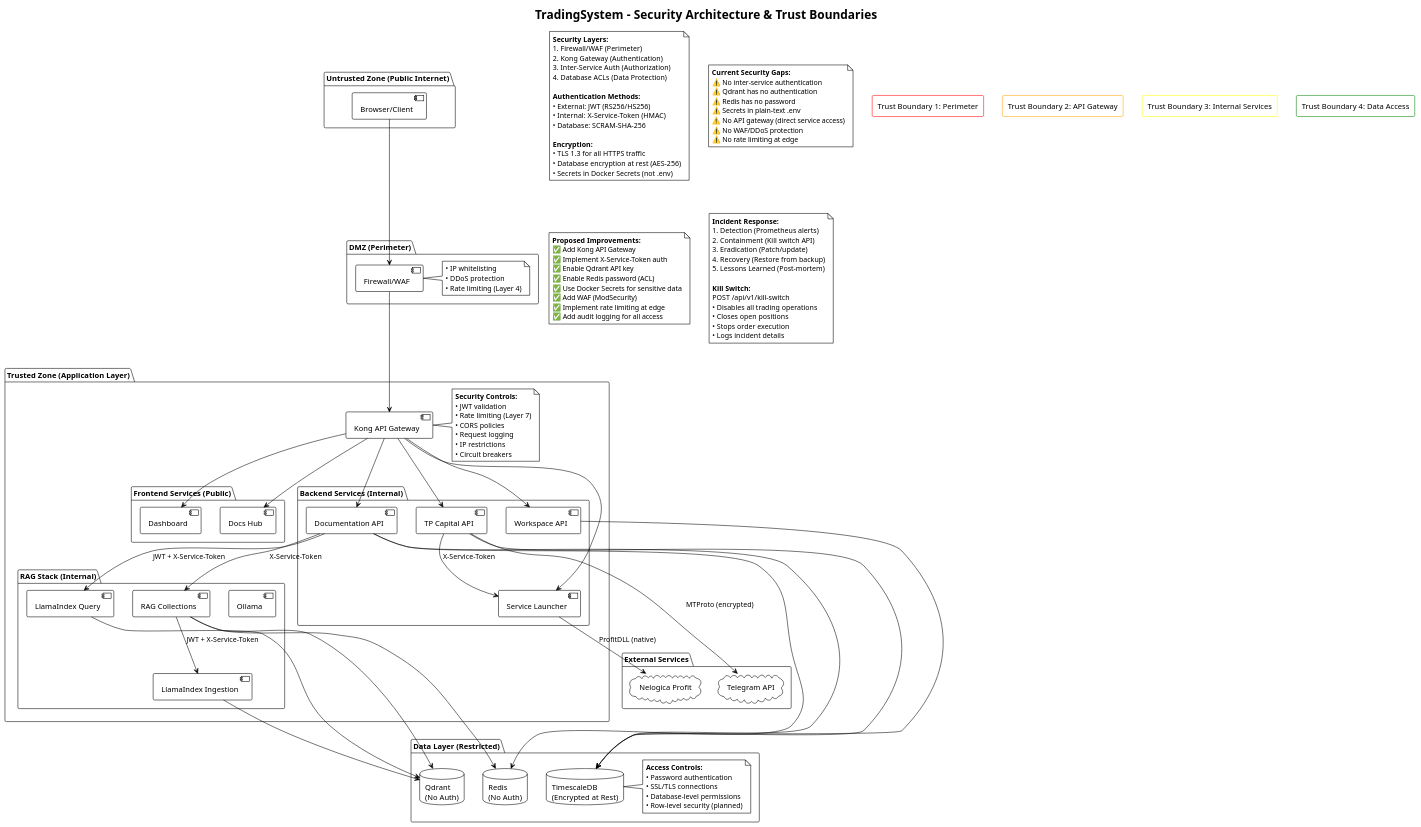
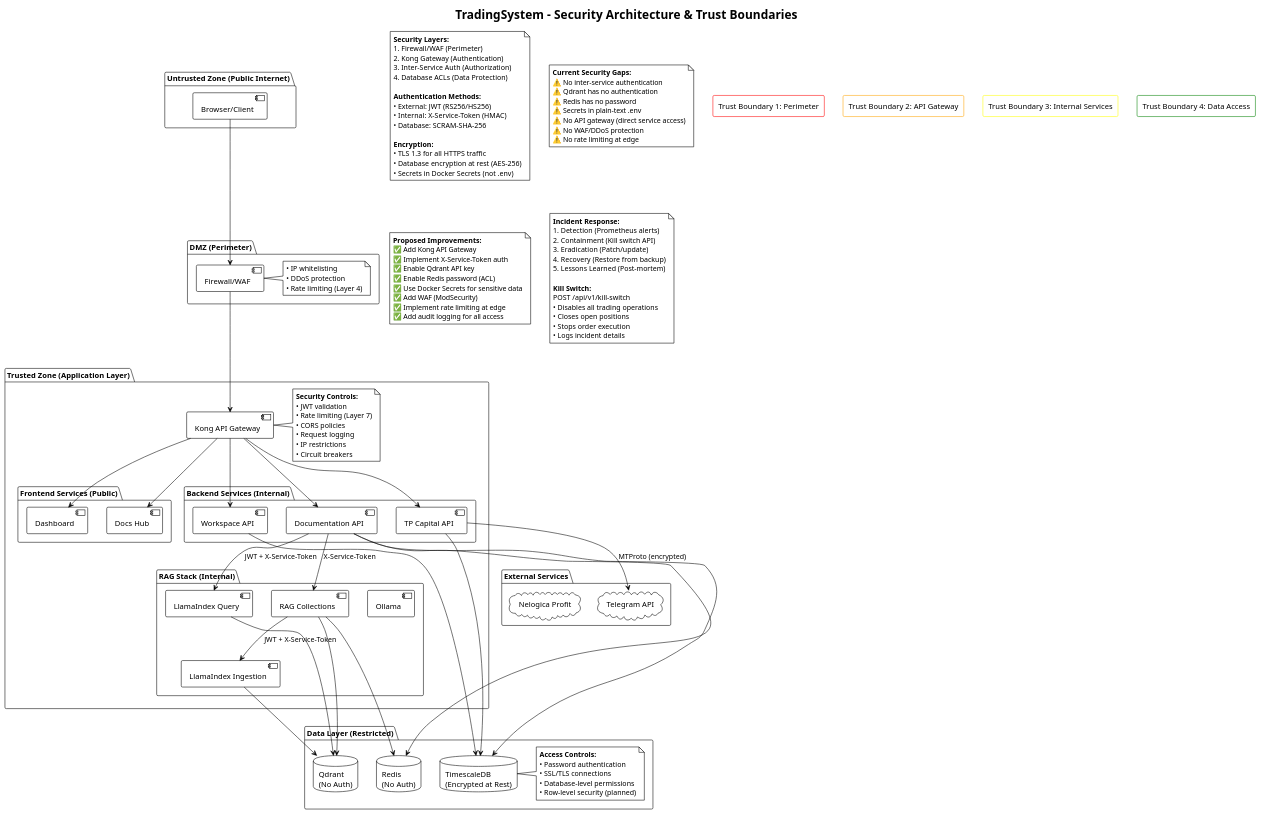
Before and after one commit to marceloterra1983/TradingSystem: the diagram in docs/content/diagrams/architecture/security-architecture.puml, drawn with PlantUML. The commit also changed 1296 other files, not shown here.

```diff
--- a/docs/content/diagrams/architecture/security-architecture.puml
+++ b/docs/content/diagrams/architecture/security-architecture.puml
@@ -1,167 +1,163 @@
 @startuml Security Architecture
 !theme plain
 
 title TradingSystem - Security Architecture & Trust Boundaries
 
 package "Untrusted Zone (Public Internet)" {
     [Browser/Client] as client
 }
 
 package "DMZ (Perimeter)" {
     [Firewall/WAF] as firewall
     note right of firewall
         • IP whitelisting
         • DDoS protection
         • Rate limiting (Layer 4)
     end note
 }
 
 package "Trusted Zone (Application Layer)" {
     [Kong API Gateway] as kong
     note right of kong
         **Security Controls:**
         • JWT validation
         • Rate limiting (Layer 7)
         • CORS policies
         • Request logging
         • IP restrictions
         • Circuit breakers
     end note
 
     package "Frontend Services (Public)" {
         [Dashboard] as dashboard
         [Docs Hub] as docs
     }
 
     package "Backend Services (Internal)" {
         [Workspace API] as workspace
         [TP Capital API] as tpcapital
         [Documentation API] as docsapi
-        [Service Launcher] as launcher
     }
 
     package "RAG Stack (Internal)" {
         [Ollama] as ollama
         [LlamaIndex Query] as llamaquery
         [LlamaIndex Ingestion] as llamaingest
         [RAG Collections] as ragcollections
     }
 }
 
 package "Data Layer (Restricted)" {
     database "TimescaleDB\n(Encrypted at Rest)" as timescale
     database "Qdrant\n(No Auth)" as qdrant
     database "Redis\n(No Auth)" as redis
     note right of timescale
         **Access Controls:**
         • Password authentication
         • SSL/TLS connections
         • Database-level permissions
         • Row-level security (planned)
     end note
 }
 
 package "External Services" {
     cloud "Telegram API" as telegram
     cloud "Nelogica Profit" as nelogica
 }
 
 ' Trust boundaries
 rectangle "Trust Boundary 1: Perimeter" #line:red {
     client --> firewall
 }
 
 rectangle "Trust Boundary 2: API Gateway" #line:orange {
     firewall --> kong
 }
 
 rectangle "Trust Boundary 3: Internal Services" #line:yellow {
     kong --> dashboard
     kong --> docs
     kong --> workspace
     kong --> tpcapital
     kong --> docsapi
-    kong --> launcher
 }
 
 rectangle "Trust Boundary 4: Data Access" #line:green {
     workspace --> timescale
     tpcapital --> timescale
     docsapi --> timescale
     ragcollections --> qdrant
     llamaquery --> qdrant
     llamaingest --> qdrant
     docsapi --> redis
     ragcollections --> redis
 }
 
 ' Inter-service communication
 docsapi --> llamaquery : JWT + X-Service-Token
 docsapi --> ragcollections : X-Service-Token
 ragcollections --> llamaingest : JWT + X-Service-Token
-tpcapital --> launcher : X-Service-Token
 
 ' External communication
 tpcapital --> telegram : MTProto (encrypted)
-launcher --> nelogica : ProfitDLL (native)
 
 ' Security Annotations
 note as N1
     **Security Layers:**
     1. Firewall/WAF (Perimeter)
     2. Kong Gateway (Authentication)
     3. Inter-Service Auth (Authorization)
     4. Database ACLs (Data Protection)
 
     **Authentication Methods:**
     • External: JWT (RS256/HS256)
     • Internal: X-Service-Token (HMAC)
     • Database: SCRAM-SHA-256
 
     **Encryption:**
     • TLS 1.3 for all HTTPS traffic
     • Database encryption at rest (AES-256)
     • Secrets in Docker Secrets (not .env)
 end note
 
 note as N2
     **Current Security Gaps:**
     ⚠️ No inter-service authentication
     ⚠️ Qdrant has no authentication
     ⚠️ Redis has no password
     ⚠️ Secrets in plain-text .env
     ⚠️ No API gateway (direct service access)
     ⚠️ No WAF/DDoS protection
     ⚠️ No rate limiting at edge
 end note
 
 note as N3
     **Proposed Improvements:**
     ✅ Add Kong API Gateway
     ✅ Implement X-Service-Token auth
     ✅ Enable Qdrant API key
     ✅ Enable Redis password (ACL)
     ✅ Use Docker Secrets for sensitive data
     ✅ Add WAF (ModSecurity)
     ✅ Implement rate limiting at edge
     ✅ Add audit logging for all access
 end note
 
 ' Security Incident Response
 note as N4
     **Incident Response:**
     1. Detection (Prometheus alerts)
     2. Containment (Kill switch API)
     3. Eradication (Patch/update)
     4. Recovery (Restore from backup)
     5. Lessons Learned (Post-mortem)
 
     **Kill Switch:**
     POST /api/v1/kill-switch
     • Disables all trading operations
     • Closes open positions
     • Stops order execution
     • Logs incident details
 end note
 
 @enduml
```
